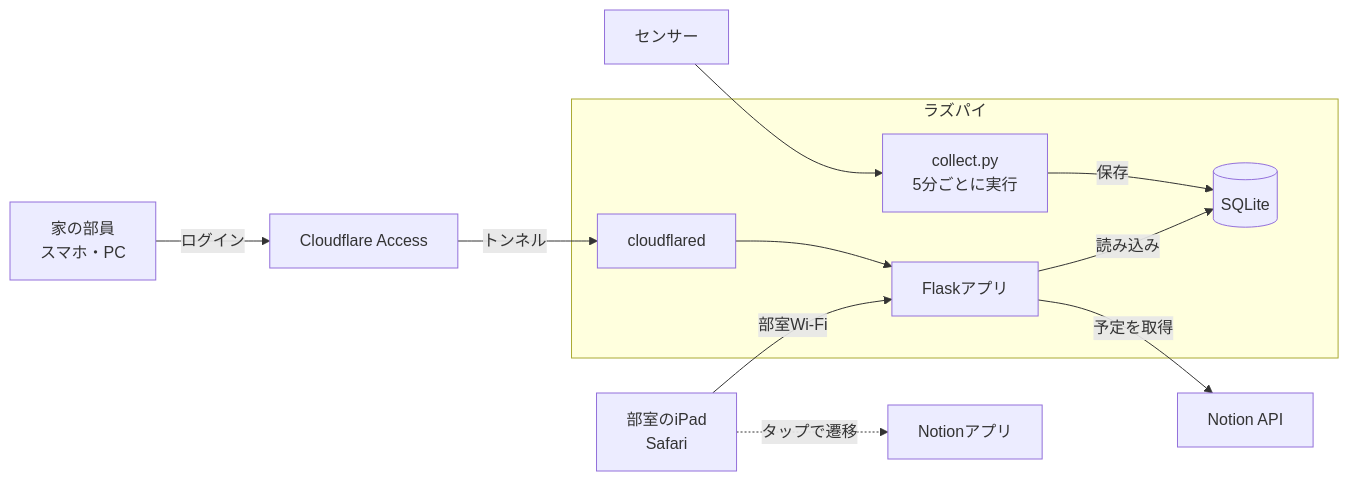
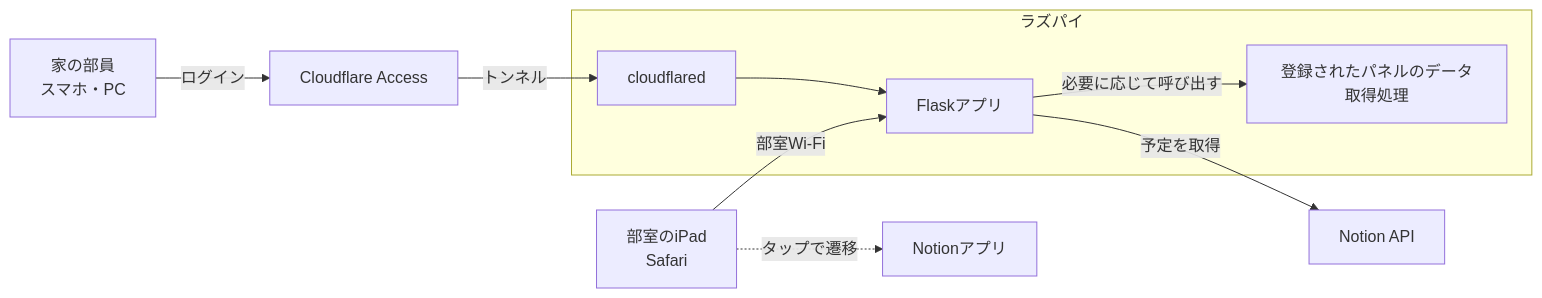
One commit to Kosei1114/dsc_dashboard changed the diagram in 部室ダッシュボード 仕様書.md. Above: the diagram before and after it, drawn with Mermaid. The commit also changed other lines of this file and 1 other file, not shown here.

````diff
--- a/部室ダッシュボード 仕様書.md
+++ b/部室ダッシュボード 仕様書.md
@@ -38,14 +42,14 @@
 ```mermaid
 flowchart LR
   subgraph PI[ラズパイ]
-    C[collect.py<br/>5分ごとに実行] -->|保存| DB[(SQLite)]
-    W[Flaskアプリ] -->|読み込み| DB
+    W[Flaskアプリ]
+    P[登録されたパネルのデータ取得処理]
+    W -->|必要に応じて呼び出す| P
     T[cloudflared] --> W
   end
-  S[センサー] --> C
   W -->|予定を取得| N[Notion API]
   I[部室のiPad<br/>Safari] -->|部室Wi-Fi| W
   H[家の部員<br/>スマホ・PC] -->|ログイン| CF[Cloudflare Access]
   CF -->|トンネル| T
   I -.->|タップで遷移| NA[Notionアプリ]
 ```
````
